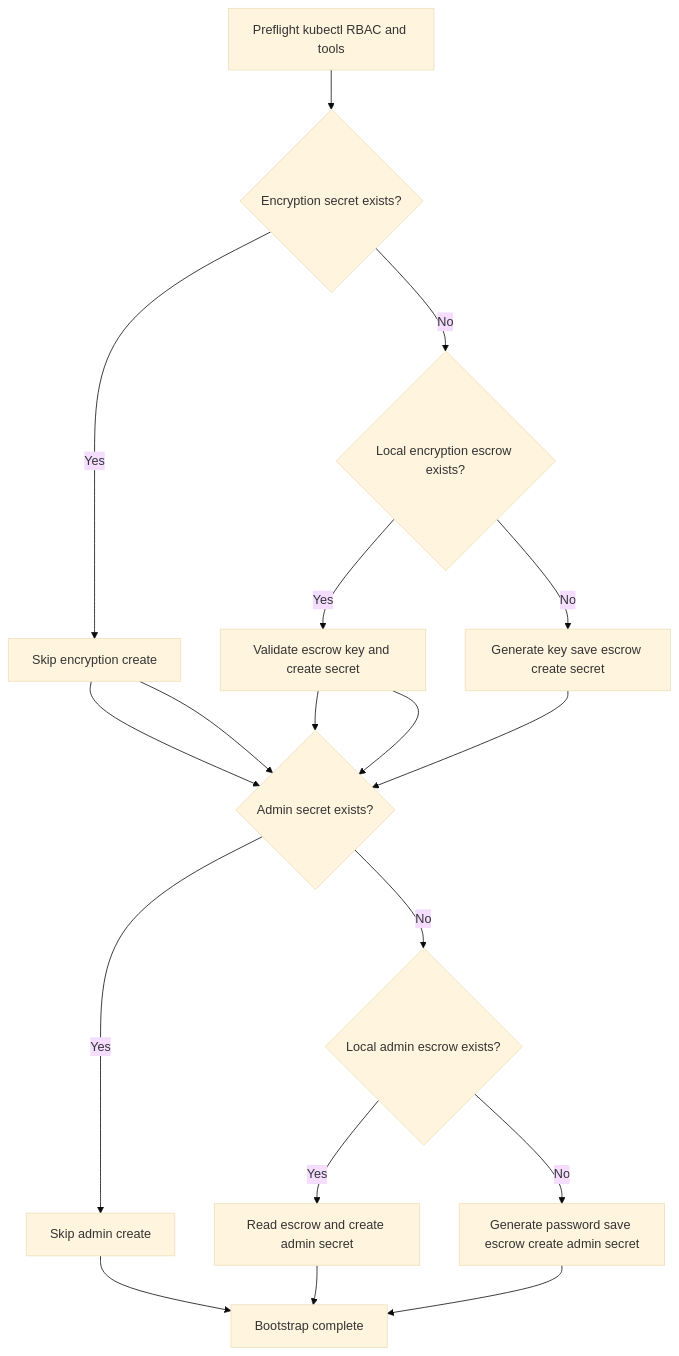
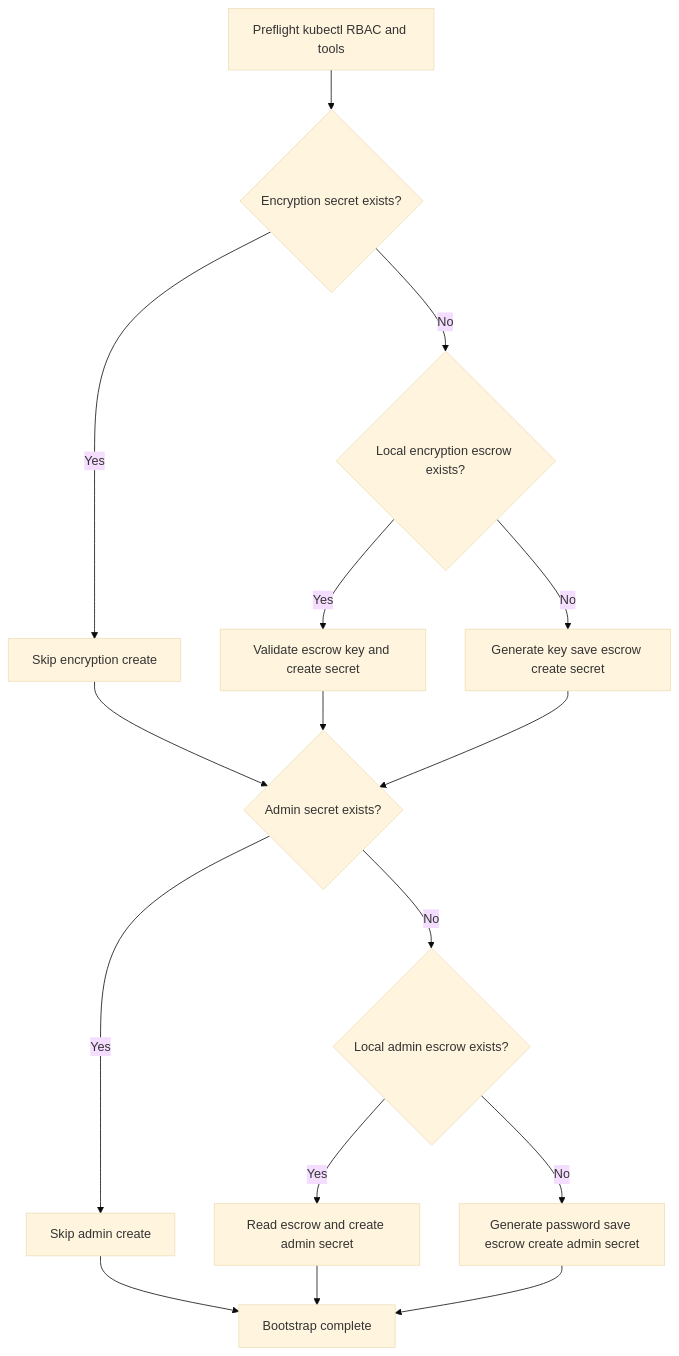
The fifth of 8 diagrams in platform-prerequisites/terraform/README.md (sml-global/mongodb), drawn with Mermaid (base theme) before and after one commit. The commit also changed other lines of this file, not shown here.

````diff
--- a/platform-prerequisites/terraform/README.md
+++ b/platform-prerequisites/terraform/README.md
@@ -292,20 +370,18 @@
 ```mermaid
 flowchart TD
   A[Preflight kubectl RBAC and tools] --> B{Encryption secret exists?}
   B -->|Yes| C[Skip encryption create]
   B -->|No| D{Local encryption escrow exists?}
   D -->|Yes| E[Validate escrow key and create secret]
   D -->|No| F[Generate key save escrow create secret]
   C --> G{Admin secret exists?}
   E --> G
   F --> G
   G -->|Yes| H[Skip admin create]
   G -->|No| I{Local admin escrow exists?}
   I -->|Yes| J[Read escrow and create admin secret]
   I -->|No| K[Generate password save escrow create admin secret]
   H --> L[Bootstrap complete]
   J --> L
   K --> L
-  E --> G
-  C --> G
 ```
````
